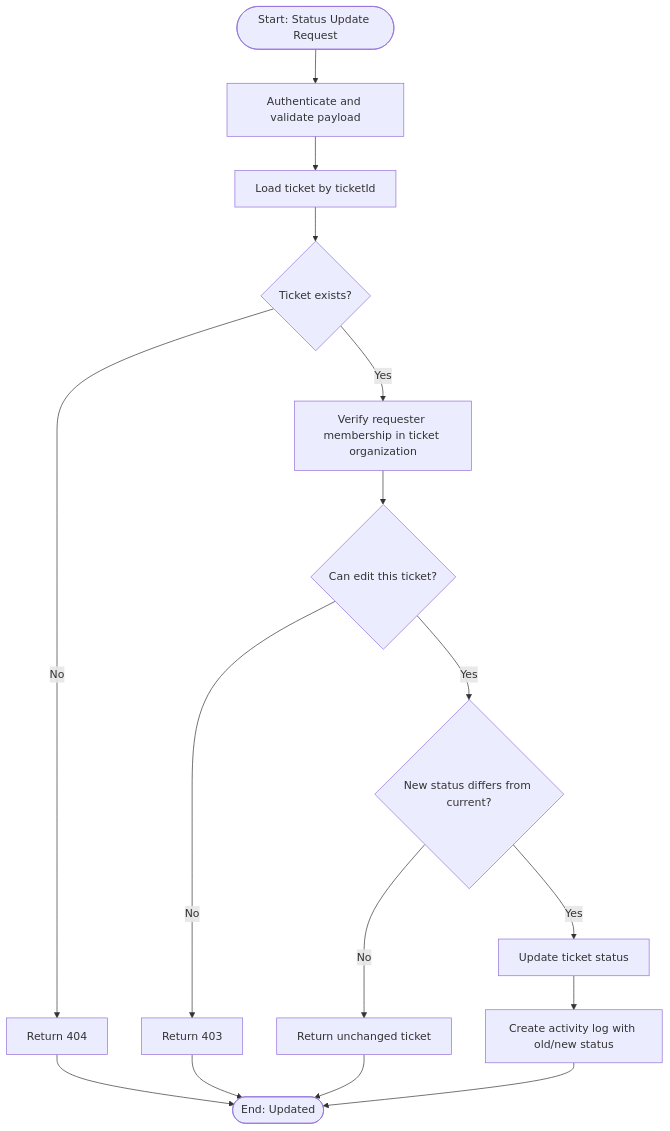
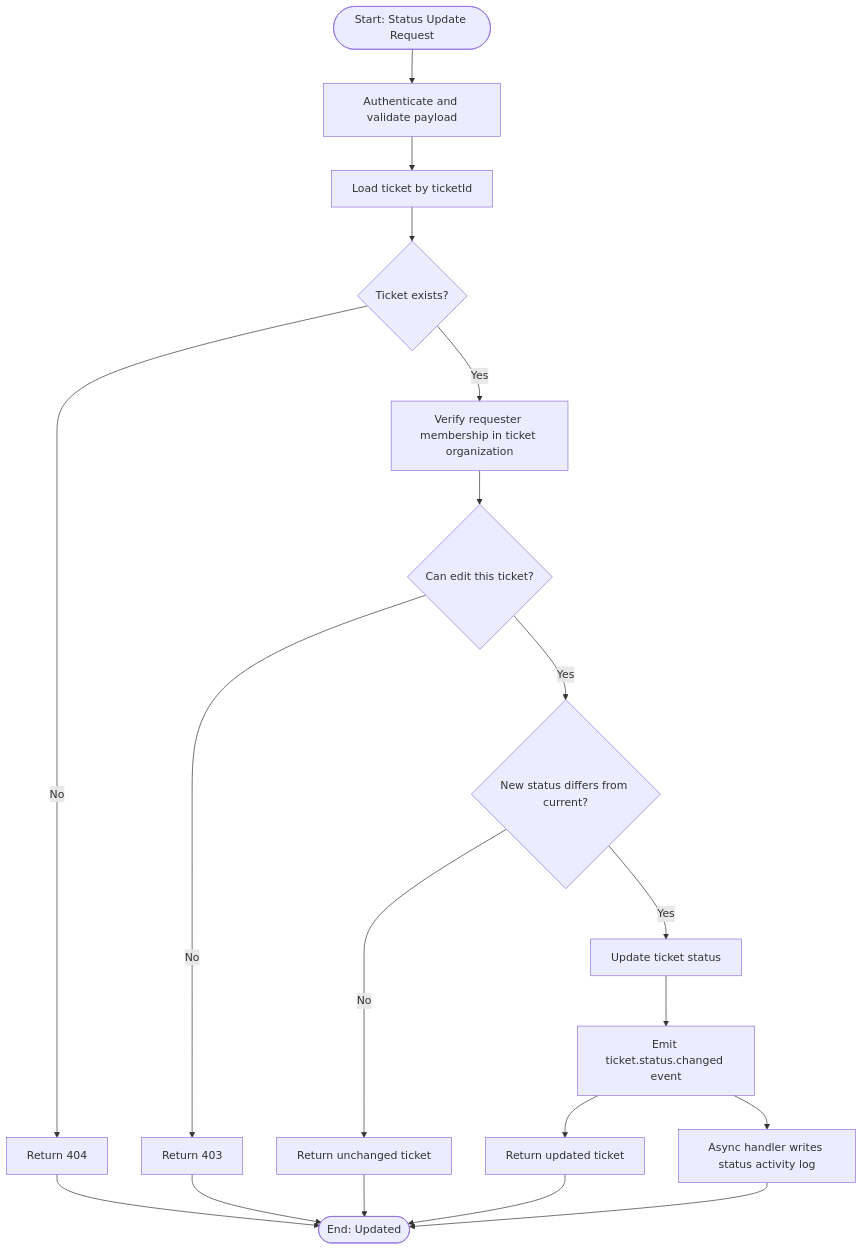
The eighth of 22 diagrams in docs/uml/gallery.md (hardik-agarwal18/HelpForge), drawn with Mermaid before and after one commit. The commit also changed other lines of this file and 7 other files, not shown here.

Commit message:
feat(uml): enhance UML diagrams with event bus and logging components for ticket management

```diff
--- a/docs/uml/gallery.md
+++ b/docs/uml/gallery.md
@@ -492,19 +528,22 @@
 ~~~mermaid
 flowchart TD
   A([Start: Status Update Request]) --> B[Authenticate and validate payload]
   B --> C[Load ticket by ticketId]
   C --> D{Ticket exists?}
   D -->|No| X[Return 404]
   D -->|Yes| E[Verify requester membership in ticket organization]
   E --> F{Can edit this ticket?}
   F -->|No| Y[Return 403]
   F -->|Yes| G{New status differs from current?}
   G -->|No| Z[Return unchanged ticket]
   G -->|Yes| H[Update ticket status]
-  H --> I[Create activity log with old/new status]
-  I --> J([End: Updated])
+  H --> I[Emit ticket.status.changed event]
+  I --> J[Return updated ticket]
+  I --> K[Async handler writes status activity log]
+  J --> L([End: Updated])
 
-  X --> J
-  Y --> J
-  Z --> J
+  X --> L
+  Y --> L
+  Z --> L
+  K --> L
 ~~~
```
